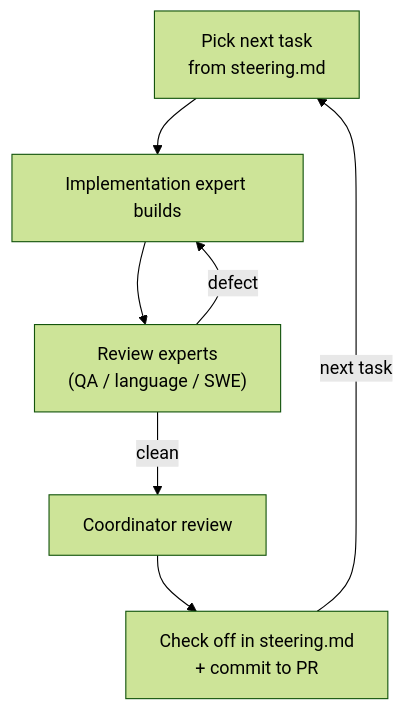
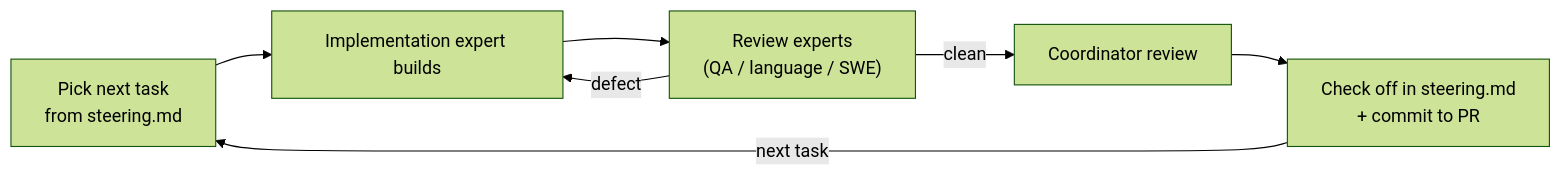
The third of 3 diagrams in rn/docs/design.md (lovaizu/ccpm), drawn with Mermaid (forest theme) before and after one commit. The commit also changed other lines of this file, not shown here.

Commit message:
docs(rn): lay both Flow diagrams left-to-right for readability

````diff
--- a/rn/docs/design.md
+++ b/rn/docs/design.md
@@ -89,9 +84,9 @@
 ```mermaid
-flowchart TD
+flowchart LR
   pick["Pick next task<br/>from steering.md"] --> impl["Implementation expert builds"]
   impl --> review["Review experts<br/>(QA / language / SWE)"]
   review -->|defect| impl
   review -->|clean| cr["Coordinator review"]
   cr --> done["Check off in steering.md<br/>+ commit to PR"]
   done -->|next task| pick
 ```
````
